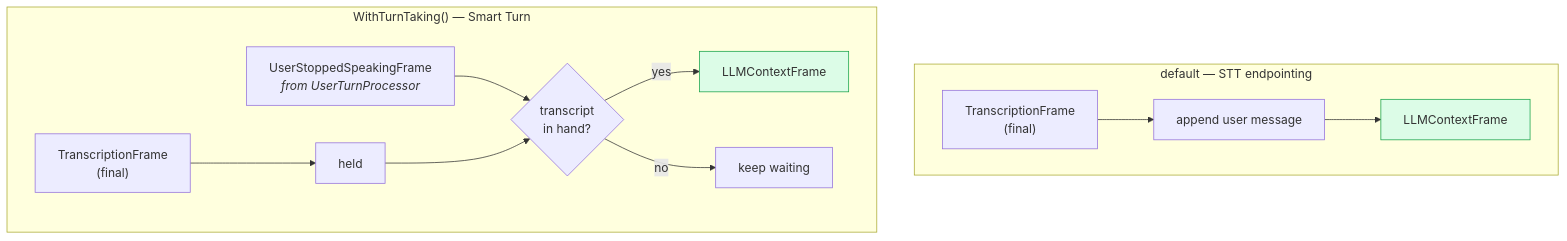
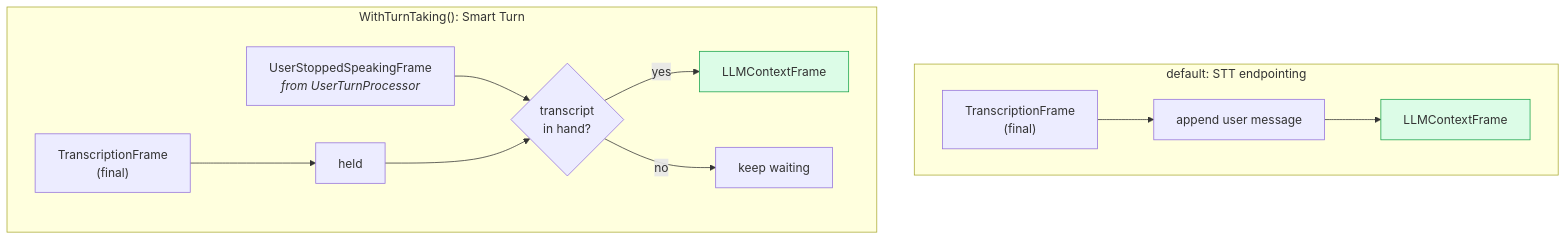
The second of 3 diagrams in docs/concepts/llm-context.md (gojargo/jargo), drawn with Mermaid before and after one commit. The commit also changed other lines of this file and 26 other files, not shown here.

````diff
--- a/docs/concepts/llm-context.md
+++ b/docs/concepts/llm-context.md
@@ -88,17 +88,17 @@
 ```mermaid
 flowchart TB
-    subgraph Default["default — STT endpointing"]
+    subgraph Default["default: STT endpointing"]
         A1["TranscriptionFrame<br/>(final)"] --> A2["append user message"] --> A3["LLMContextFrame"]
     end
 
-    subgraph Turn["WithTurnTaking() — Smart Turn"]
+    subgraph Turn["WithTurnTaking(): Smart Turn"]
         B1["TranscriptionFrame<br/>(final)"] --> B2["held"]
         B3["UserStoppedSpeakingFrame<br/><i>from UserTurnProcessor</i>"] --> B4{"transcript<br/>in hand?"}
         B2 --> B4
         B4 -->|yes| B5["LLMContextFrame"]
         B4 -->|no| B6["keep waiting"]
     end
 
     style A3 fill:#dcfce7,stroke:#16a34a
     style B5 fill:#dcfce7,stroke:#16a34a
 ```
````
